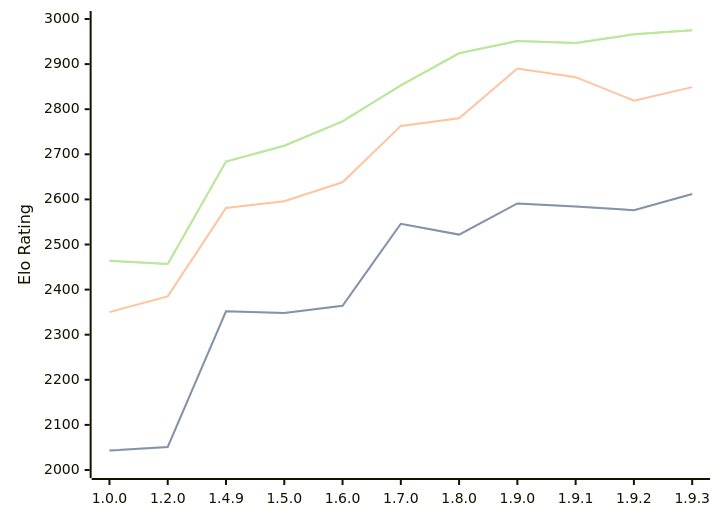
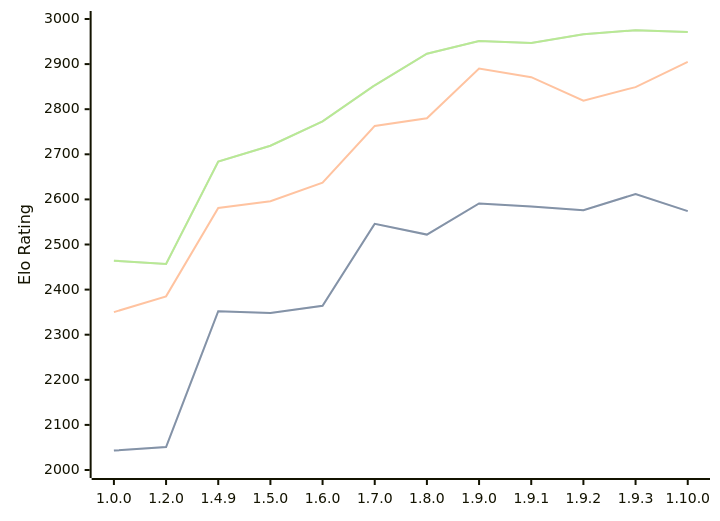
One commit to computer-chess-index/cci changed the diagram in engines/Basilisk.md. Above: the diagram before and after it, drawn with Mermaid. The commit also changed other lines of this file, not shown here.

Commit message:
Update CCI Ratings (ELO VLTC) - 2026-09-12

````diff
--- a/engines/Basilisk.md
+++ b/engines/Basilisk.md
@@ -55,11 +55,11 @@
 ```mermaid
 %%{init: {"theme":"base","themeVariables":{"seriesColors:['#a3a3a3','#222221','#faa371']}}}%%
 xychart-beta
-  x-axis ["1.0.0", "1.2.0", "1.4.9", "1.5.0", "1.6.0", "1.7.0", "1.8.0", "1.9.0", "1.9.1", "1.9.2", "1.9.3"]
+  x-axis ["1.0.0", "1.2.0", "1.4.9", "1.5.0", "1.6.0", "1.7.0", "1.8.0", "1.9.0", "1.9.1", "1.9.2", "1.9.3", "1.10.0"]
   y-axis "Elo Rating" 2000 --> 3000
-  line "" [2043, 2051, 2352, 2348, 2364, 2546, 2522, 2591, 2584, 2576, 2612]
-  line "STC (8.0+0.08s)" [2043, 2051, 2352, 2348, 2364, 2546, 2522, 2591, 2584, 2576, 2612]
-  line "LTC (60.0+0.60s)" [2350, 2385, 2581, 2596, 2638, 2763, 2780, 2890, 2871, 2819, 2849]
-  line "" [2464, 2457, 2684, 2719, 2773, 2853, 2924, 2951, 2947, 2966, 2975]
-  line "VLTC (2m24s+1.12s)" [2464, 2457, 2684, 2719, 2773, 2853, 2924, 2951, 2947, 2966, 2975]
+  line "" [2043, 2051, 2352, 2348, 2364, 2546, 2522, 2591, 2584, 2576, 2612, 2574]
+  line "STC (8.0+0.08s)" [2043, 2051, 2352, 2348, 2364, 2546, 2522, 2591, 2584, 2576, 2612, 2574]
+  line "LTC (60.0+0.60s)" [2350, 2385, 2581, 2596, 2637, 2763, 2780, 2890, 2871, 2819, 2849, 2905]
+  line "" [2464, 2457, 2684, 2719, 2773, 2853, 2923, 2951, 2947, 2966, 2975, 2971]
+  line "VLTC (2m24s+1.12s)" [2464, 2457, 2684, 2719, 2773, 2853, 2923, 2951, 2947, 2966, 2975, 2971]
 ```
````
